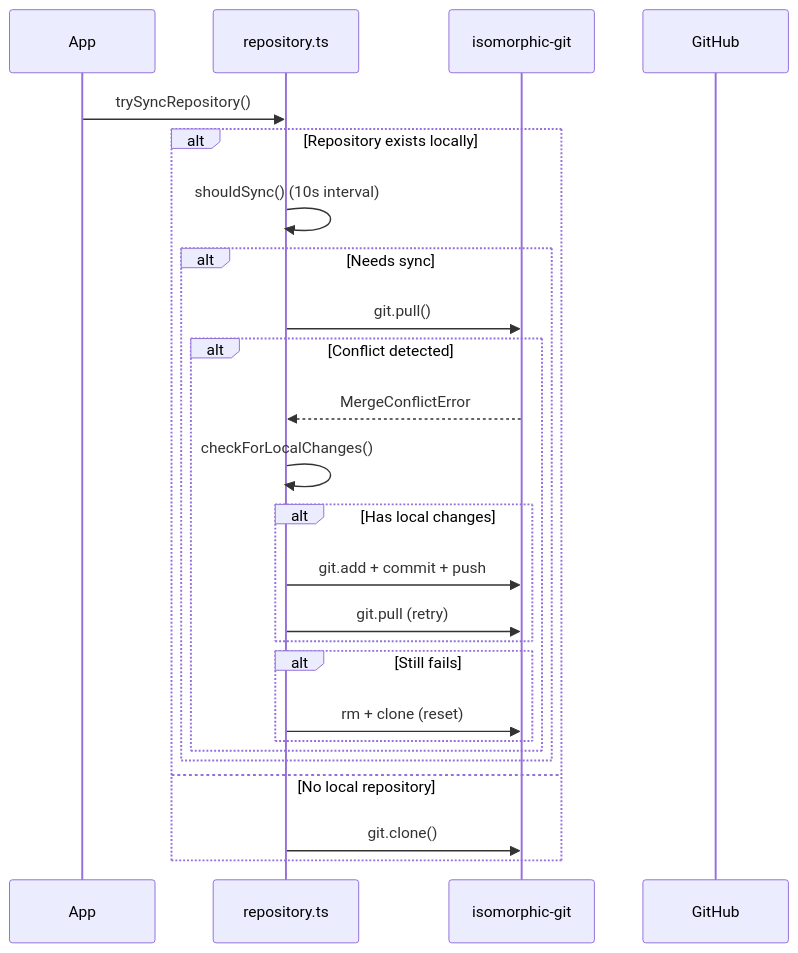
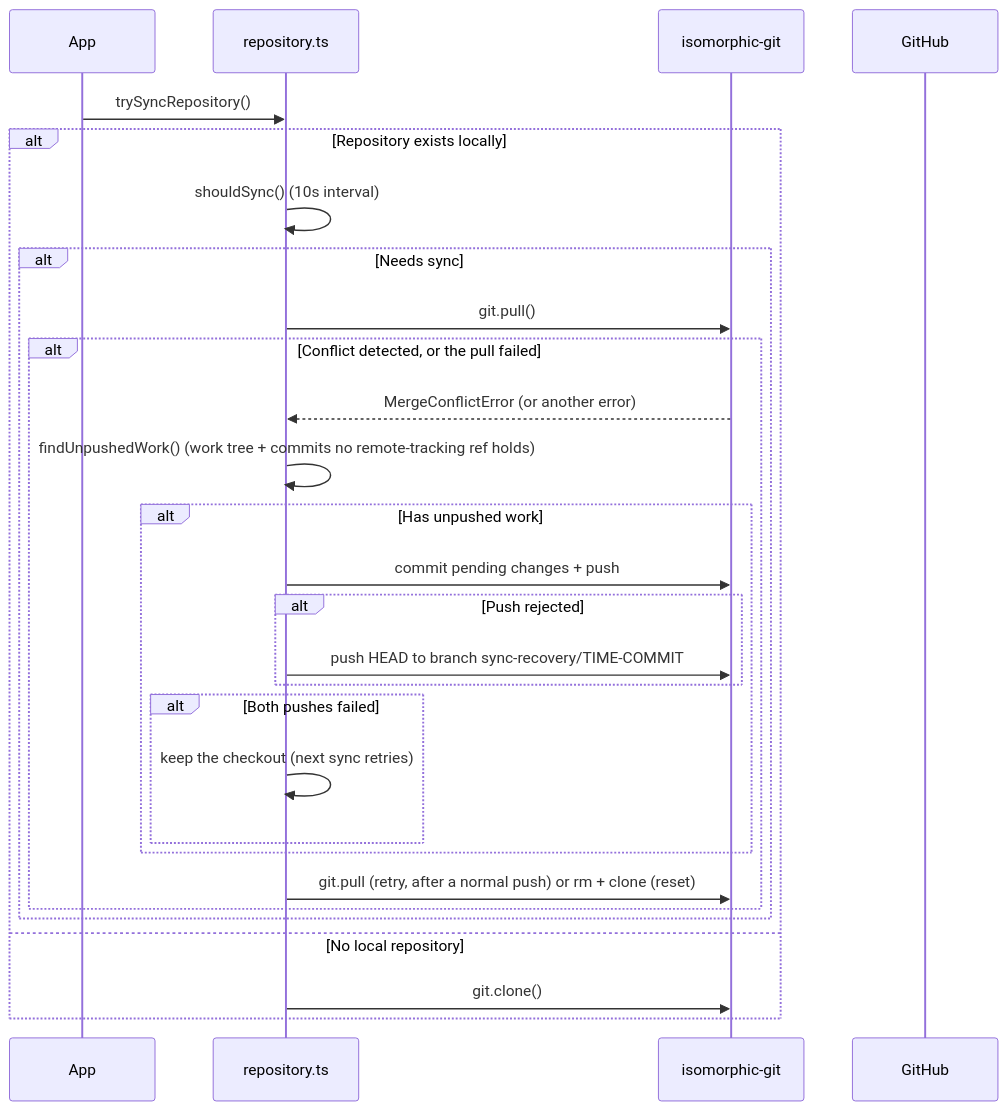
The second of 2 diagrams in docs/architecture/content-library.md (ever-works/directory-web-template), drawn with Mermaid before and after one commit. The commit also changed other lines of this file and 8 other files, not shown here.

First line of the commit message:
fix(content-git): push unpushed content commits before the sync clones again [T-2923] (#1230)

````diff
--- a/docs/architecture/content-library.md
+++ b/docs/architecture/content-library.md
@@ -138,28 +138,31 @@
 ```mermaid
 sequenceDiagram
     participant App
     participant Repo as repository.ts
     participant Git as isomorphic-git
     participant Remote as GitHub
 
     App->>Repo: trySyncRepository()
     alt Repository exists locally
         Repo->>Repo: shouldSync() (10s interval)
         alt Needs sync
             Repo->>Git: git.pull()
-            alt Conflict detected
-                Git-->>Repo: MergeConflictError
-                Repo->>Repo: checkForLocalChanges()
-                alt Has local changes
-                    Repo->>Git: git.add + commit + push
-                    Repo->>Git: git.pull (retry)
+            alt Conflict detected, or the pull failed
+                Git-->>Repo: MergeConflictError (or another error)
+                Repo->>Repo: findUnpushedWork() (work tree + commits no remote-tracking ref holds)
+                alt Has unpushed work
+                    Repo->>Git: commit pending changes + push
+                    alt Push rejected
+                        Repo->>Git: push HEAD to branch sync-recovery/TIME-COMMIT
+                    end
+                    alt Both pushes failed
+                        Repo->>Repo: keep the checkout (next sync retries)
+                    end
                 end
-                alt Still fails
-                    Repo->>Git: rm + clone (reset)
-                end
+                Repo->>Git: git.pull (retry, after a normal push) or rm + clone (reset)
             end
         end
     else No local repository
         Repo->>Git: git.clone()
     end
 ```
````
